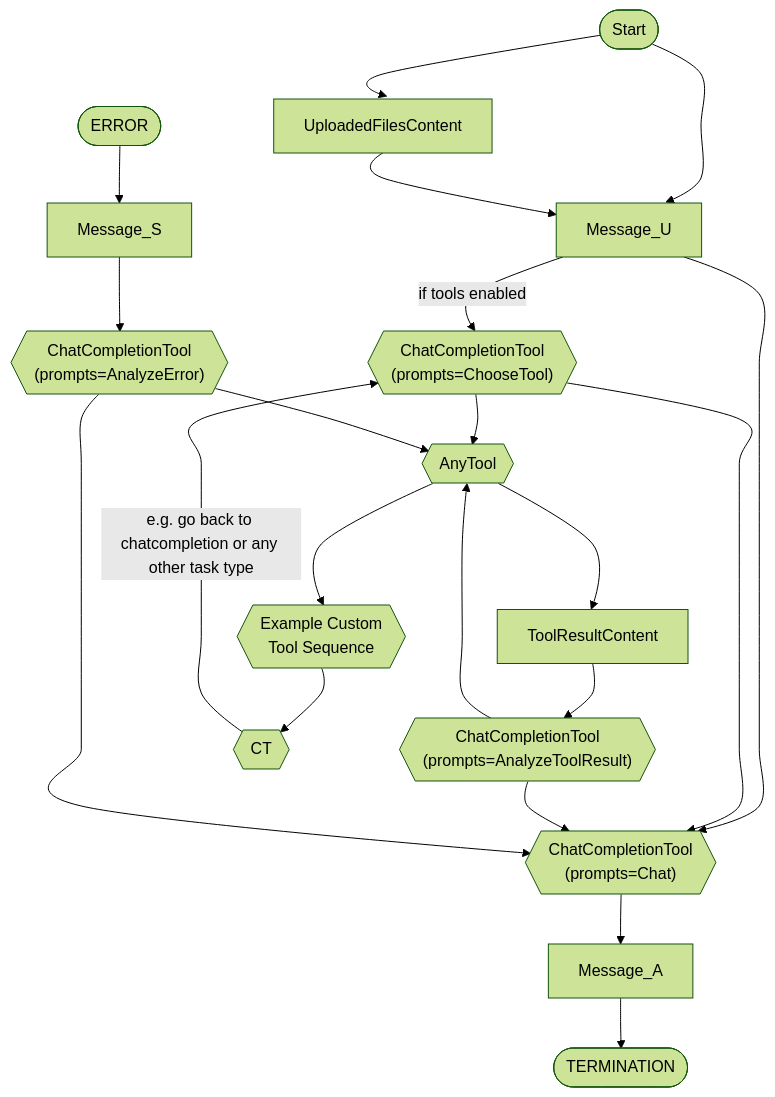
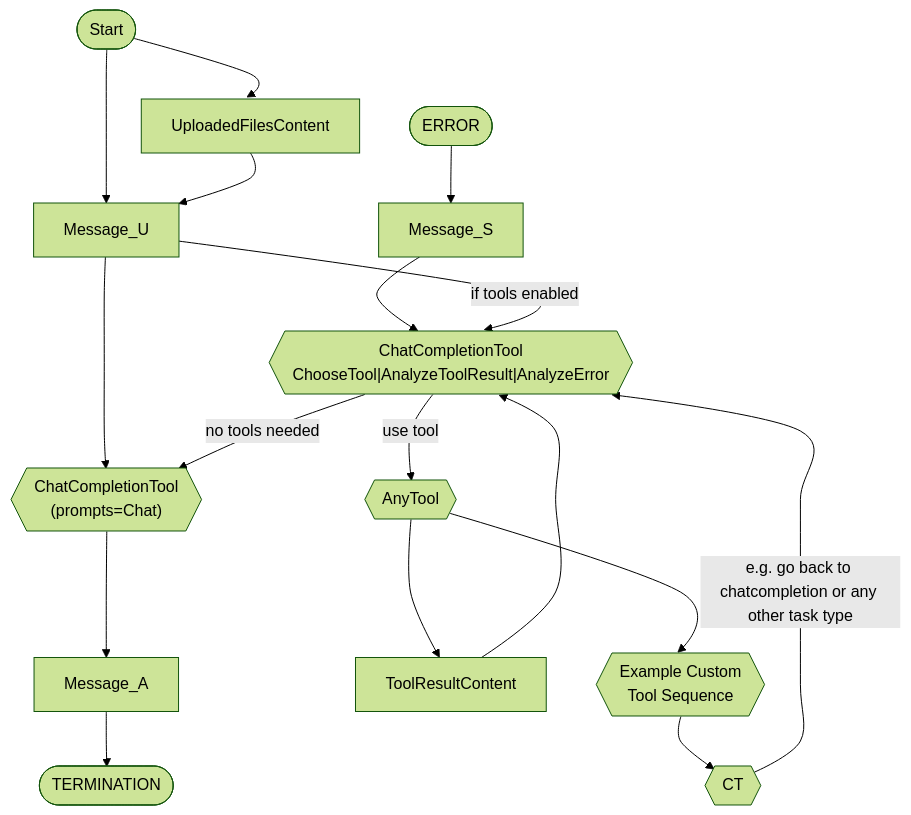
The second of 2 diagrams in public/docs/conversations/taskyon_description.md (Xyntopia/taskyon), drawn with Mermaid (forest theme) before and after one commit. The commit also changed other lines of this file, not shown here.

````diff
--- a/public/docs/conversations/taskyon_description.md
+++ b/public/docs/conversations/taskyon_description.md
@@ -149,35 +93,29 @@
 ```mermaid
 %%{init: { "flowchart": { "curve": "cardinal", "wrappingWidth": 400 } } }%%
 flowchart TD
   Message_U
   Message_A
   Message_S
   ToolResultContent
   UploadedFilesContent
   cct{{"ChatCompletionTool<br>(prompts=Chat)"}}
-  cctct{{"ChatCompletionTool<br>(prompts=ChooseTool)"}}
-  cctat{{"ChatCompletionTool<br>(prompts=AnalyzeToolResult)"}}
-  cctae{{"ChatCompletionTool<br>(prompts=AnalyzeError)"}}
+  cctct{{"ChatCompletionTool<br>ChooseTool|AnalyzeToolResult|AnalyzeError"}}
   cct1{{"Example Custom<br>Tool Sequence"}}
   at{{AnyTool}}
   cct2{{CT}}
 
 
   TERMINATION([TERMINATION])
   e([ERROR])-->Message_S
   s([Start])
 
-  Message_S-->cctae
+  Message_S-->cctct
   s-->Message_U
   s-->UploadedFilesContent --> Message_U --> cct --> Message_A --> TERMINATION
   Message_U -- if tools enabled --> cctct
-  at-->ToolResultContent-->cctat
-  cctct --> at
-  cctat --> at
-  cctae --> at
-  cctct  --> cct
-  cctat  --> cct
-  cctae  --> cct
+  at-->ToolResultContent-->cctct
+  cctct -- use tool --> at
+  cctct -- no tools needed --> cct
   at --> cct1-->cct2-- e.g. go back to chatcompletion or any other task type -->cctct
 
 ```
````
